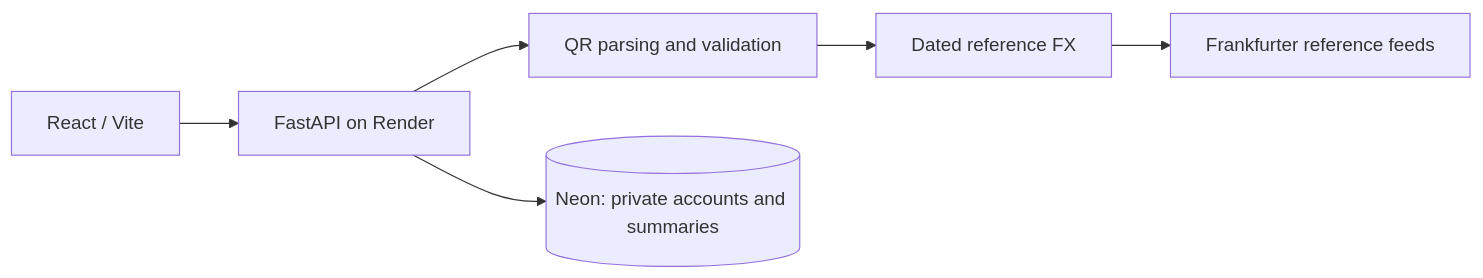
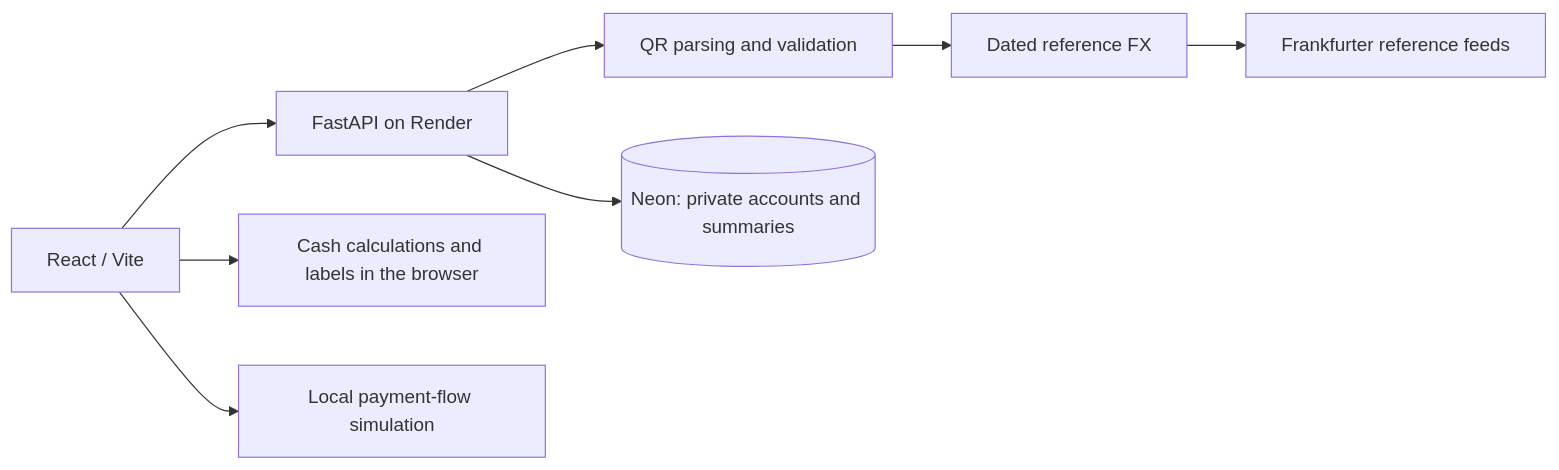
Before and after one commit to shriyansh123-ux/qr-payment-agent: the diagram in README.md, drawn with Mermaid. The commit also changed other lines of this file and 5 other files, not shown here.

````diff
--- a/README.md
+++ b/README.md
@@ -52,8 +75,10 @@
 ```mermaid
 flowchart LR
     UI[React / Vite] --> API[FastAPI on Render]
+    UI --> Cash[Cash calculations and labels in the browser]
+    UI --> Simulation[Local payment-flow simulation]
     API --> Parser[QR parsing and validation]
     Parser --> FX[Dated reference FX]
     FX --> Rates[Frankfurter reference feeds]
     API --> DB[(Neon: private accounts and summaries)]
 ```
````
